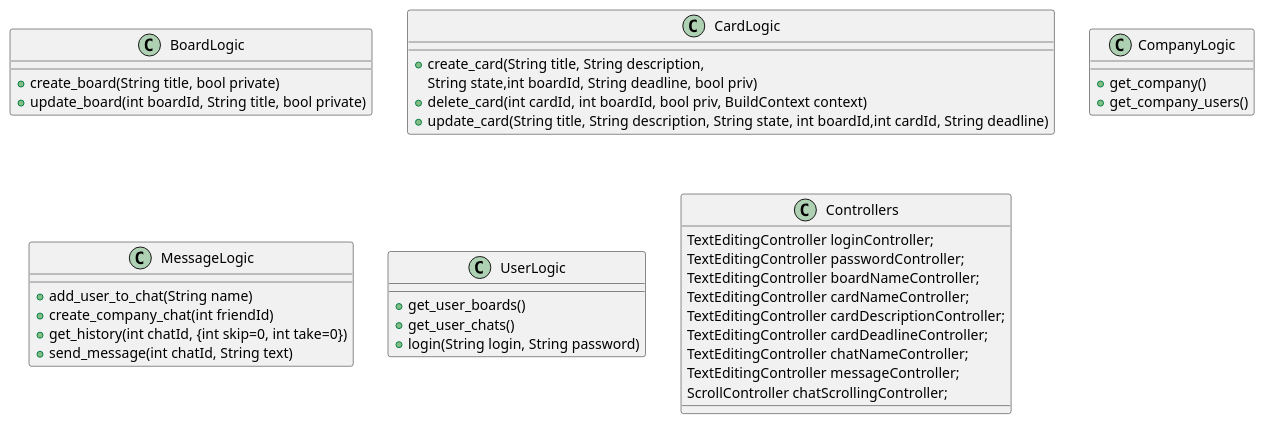
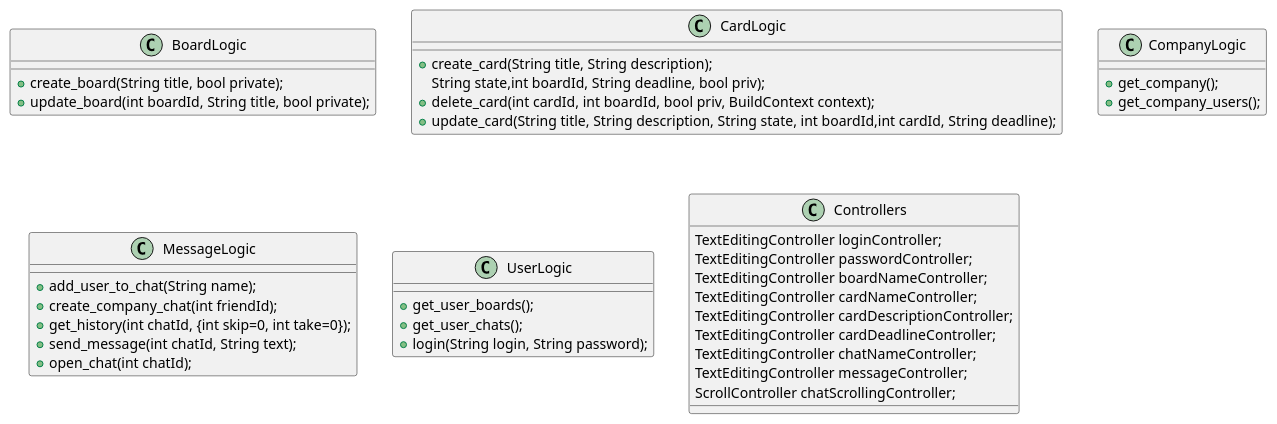
Before and after one commit to 4Whiskas/kursach: the diagram in uml/classes/details/logic.puml, drawn with PlantUML. The commit also changed 7 other files, not shown here.

```diff
--- a/uml/classes/details/logic.puml
+++ b/uml/classes/details/logic.puml
@@ -1,49 +1,50 @@
 @startuml
 'https://plantuml.com/class-diagram
 
 class BoardLogic
 {
-    +create_board(String title, bool private)
-    +update_board(int boardId, String title, bool private)
+    +create_board(String title, bool private);
+    +update_board(int boardId, String title, bool private);
 }
 class CardLogic
 {
-    +create_card(String title, String description,
-    String state,int boardId, String deadline, bool priv)
-    +delete_card(int cardId, int boardId, bool priv, BuildContext context)
-    +update_card(String title, String description, String state, int boardId,int cardId, String deadline)
+    +create_card(String title, String description);
+    String state,int boardId, String deadline, bool priv);
+    +delete_card(int cardId, int boardId, bool priv, BuildContext context);
+    +update_card(String title, String description, String state, int boardId,int cardId, String deadline);
 }
 class CompanyLogic
 {
-    +get_company()
-    +get_company_users()
+    +get_company();
+    +get_company_users();
 }
 class MessageLogic
 {
-    +add_user_to_chat(String name)
-    +create_company_chat(int friendId)
-    +get_history(int chatId, {int skip=0, int take=0})
-    +send_message(int chatId, String text)
+    +add_user_to_chat(String name);
+    +create_company_chat(int friendId);
+    +get_history(int chatId, {int skip=0, int take=0});
+    +send_message(int chatId, String text);
+    +open_chat(int chatId);
 }
 class UserLogic
 {
-    +get_user_boards()
-    +get_user_chats()
-    +login(String login, String password)
+    +get_user_boards();
+    +get_user_chats();
+    +login(String login, String password);
 }
 class Controllers
 {
     TextEditingController loginController;
     TextEditingController passwordController;
     TextEditingController boardNameController;
     TextEditingController cardNameController;
     TextEditingController cardDescriptionController;
     TextEditingController cardDeadlineController;
     TextEditingController chatNameController;
     TextEditingController messageController;
     ScrollController chatScrollingController;
 }
 
 
 
 @enduml
```
